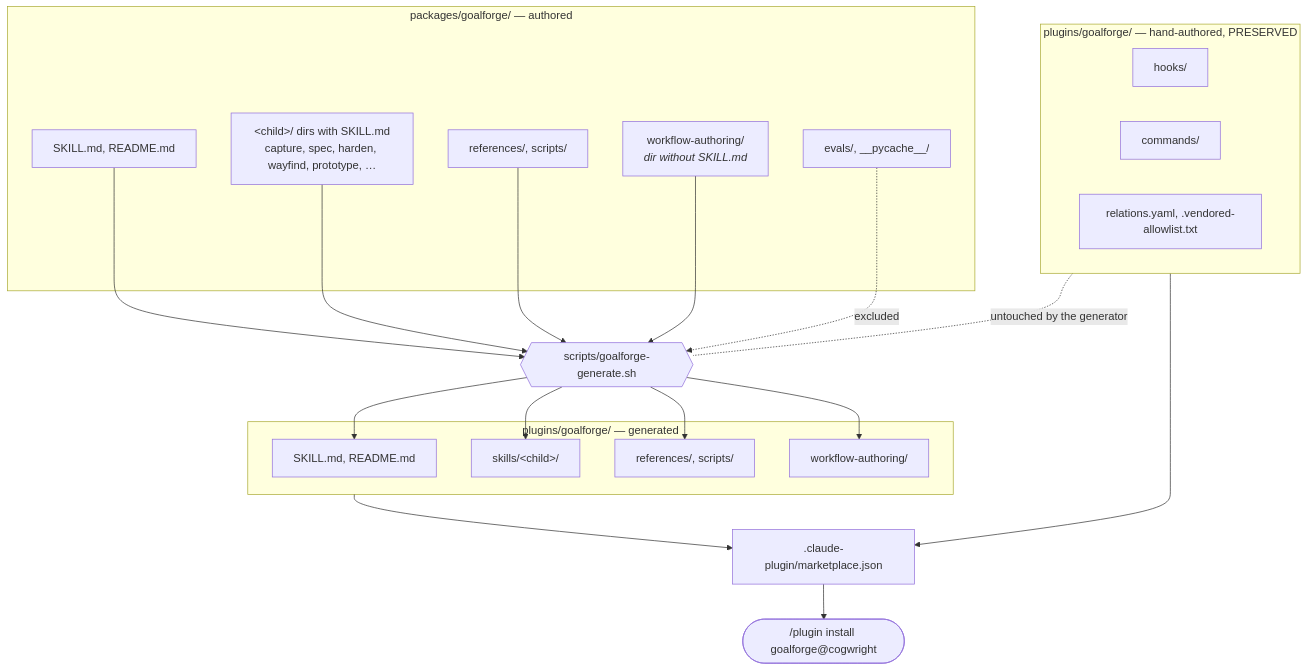
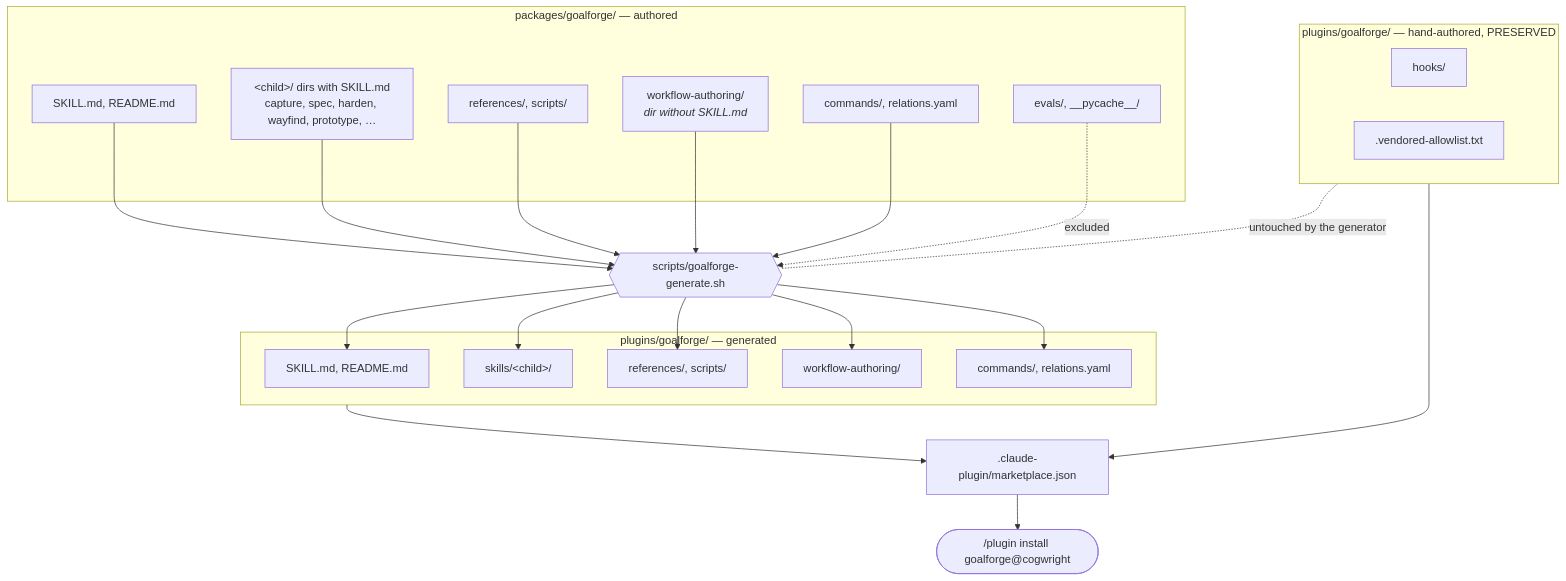
Before and after one commit to Truncuso/cogwright: the first of 2 diagrams in docs/ARCHITECTURE.md, drawn with Mermaid. The commit also changed 7 other files, not shown here.

````diff
--- a/docs/ARCHITECTURE.md
+++ b/docs/ARCHITECTURE.md
@@ -13,36 +13,38 @@
 ```mermaid
 flowchart TB
     subgraph SRC["packages/goalforge/ — authored"]
         PS[SKILL.md, README.md]
         PC["&lt;child&gt;/ dirs with SKILL.md<br/>capture, spec, harden, wayfind, prototype, …"]
         PR[references/, scripts/]
         PW["workflow-authoring/<br/><i>dir without SKILL.md</i>"]
+        PM["commands/, relations.yaml"]
         PE["evals/, __pycache__/"]
     end
 
     GEN{{"scripts/goalforge-generate.sh"}}
 
     subgraph DST["plugins/goalforge/ — generated"]
         GS[SKILL.md, README.md]
         GC["skills/&lt;child&gt;/"]
         GR[references/, scripts/]
         GW[workflow-authoring/]
+        GM["commands/, relations.yaml"]
     end
 
     subgraph HAND["plugins/goalforge/ — hand-authored, PRESERVED"]
         HH["hooks/"]
-        HCM["commands/"]
-        HRL["relations.yaml, .vendored-allowlist.txt"]
+        HRL[".vendored-allowlist.txt"]
     end
 
     PS --> GEN --> GS
     PC --> GEN --> GC
     PR --> GEN --> GR
     PW --> GEN --> GW
+    PM --> GEN --> GM
     PE -. excluded .-> GEN
     HAND -. untouched by the generator .- GEN
 
     DST --> MK[".claude-plugin/marketplace.json"]
     HAND --> MK
     MK --> USER([/plugin install goalforge@cogwright])
 ```
````
